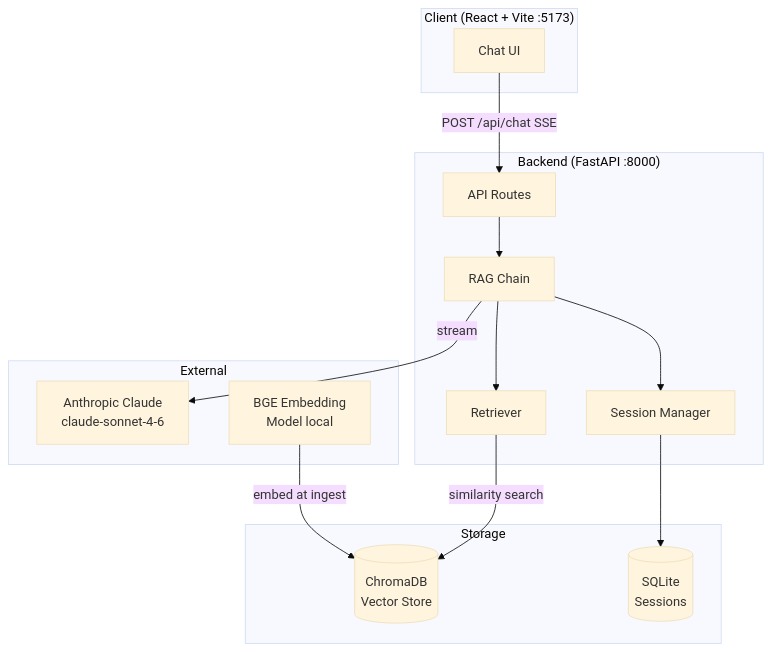
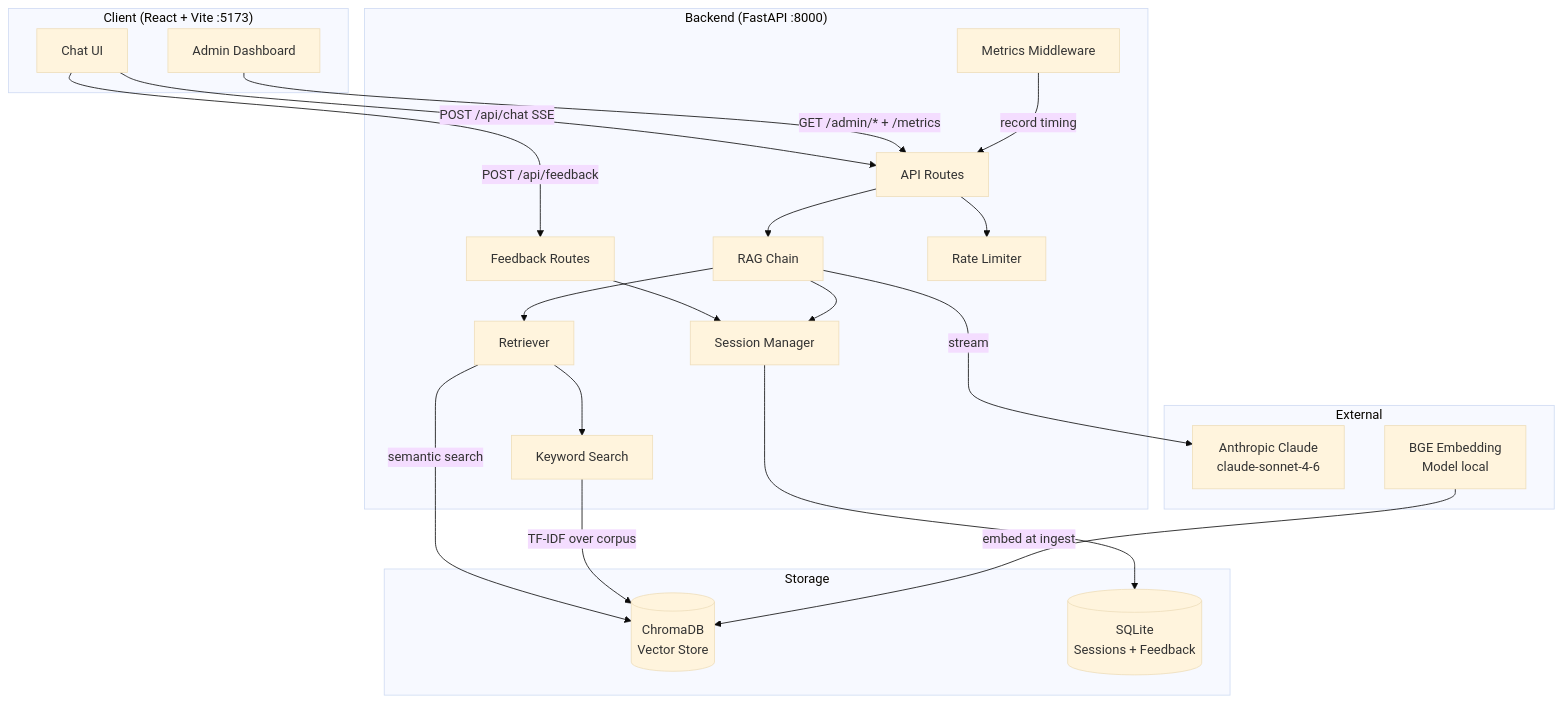
One commit to AgentTT5518/SGHR_Chatbot changed the diagram in ARCHITECTURE.md. Above: the diagram before and after it, drawn with Mermaid (base theme). The commit also changed other lines of this file and 29 other files, not shown here.

First line of the commit message:
feat: add user feedback, rate limiting, hybrid retrieval, metrics, and admin dashboard (enhancements v2)

````diff
--- a/ARCHITECTURE.md
+++ b/ARCHITECTURE.md
@@ -9,32 +9,44 @@
 ```mermaid
 graph TB
     subgraph Client["Client (React + Vite :5173)"]
         UI[Chat UI]
+        ADMIN[Admin Dashboard]
     end
 
     subgraph Server["Backend (FastAPI :8000)"]
         API[API Routes]
+        FEEDBACK[Feedback Routes]
         RAG[RAG Chain]
         SM[Session Manager]
         RET[Retriever]
+        KS[Keyword Search]
+        METRICS[Metrics Middleware]
+        LIMITER[Rate Limiter]
     end
 
     subgraph Storage
         CHROMA[(ChromaDB\nVector Store)]
-        SQLITE[(SQLite\nSessions)]
+        SQLITE[(SQLite\nSessions + Feedback)]
     end
 
     subgraph External
         CLAUDE[Anthropic Claude\nclaude-sonnet-4-6]
         BGE[BGE Embedding\nModel local]
     end
 
     UI -->|POST /api/chat SSE| API
+    UI -->|POST /api/feedback| FEEDBACK
+    ADMIN -->|GET /admin/* + /metrics| API
     API --> RAG
+    API --> LIMITER
+    FEEDBACK --> SM
     RAG --> SM
     RAG --> RET
-    RET -->|similarity search| CHROMA
+    RET -->|semantic search| CHROMA
+    RET --> KS
+    KS -->|TF-IDF over corpus| CHROMA
     BGE -->|embed at ingest| CHROMA
     RAG -->|stream| CLAUDE
     SM --> SQLITE
+    METRICS -->|record timing| API
 ```
````
